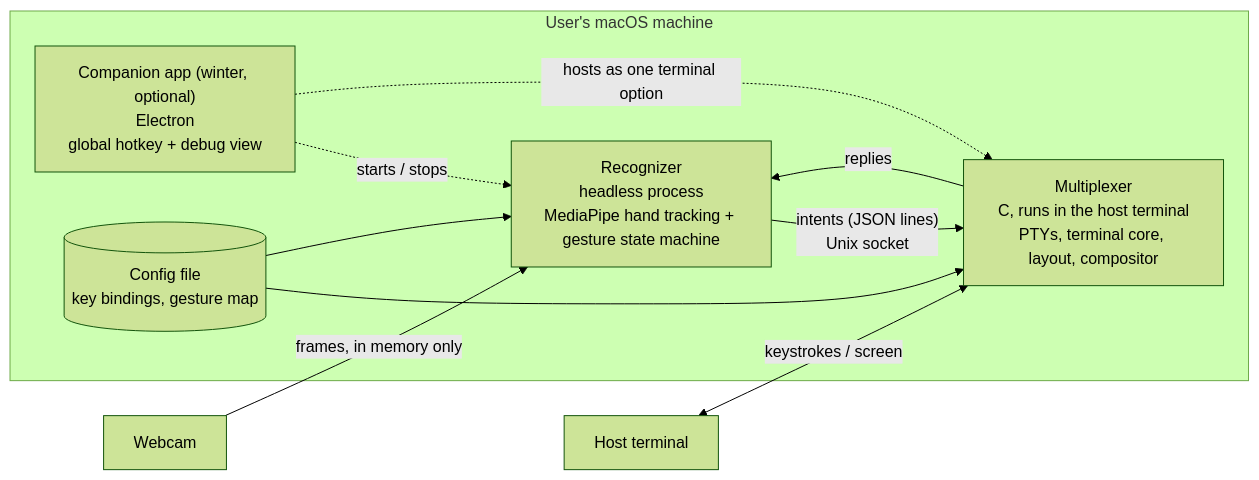
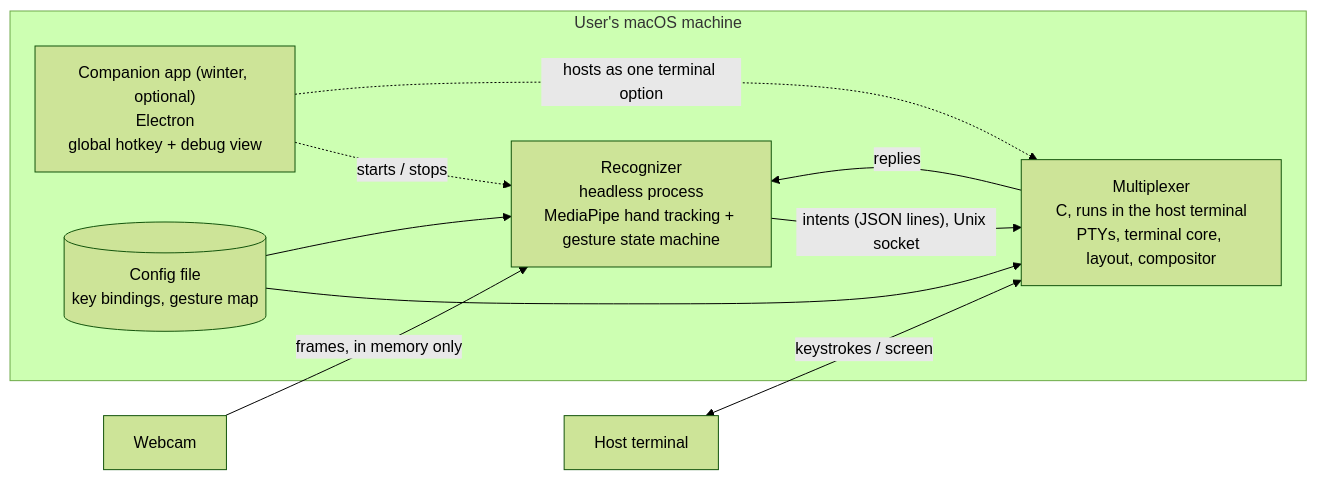
Before and after one commit to just1nlee/osu-capstone: the second of 4 diagrams in docs/design.md, drawn with Mermaid (forest theme). The commit also changed other lines of this file, not shown here.

Commit message:
docs: quote design diagram labels so Mermaid parses them

````diff
--- a/docs/design.md
+++ b/docs/design.md
@@ -39,20 +39,20 @@
 ```mermaid
 flowchart LR
     cam[Webcam]
-    subgraph machine[User's macOS machine]
+    subgraph machine["User's macOS machine"]
         rec["Recognizer<br/>headless process<br/>MediaPipe hand tracking + gesture state machine"]
         mux["Multiplexer<br/>C, runs in the host terminal<br/>PTYs, terminal core, layout, compositor"]
         app["Companion app (winter, optional)<br/>Electron<br/>global hotkey + debug view"]
-        cfg[(Config file<br/>key bindings, gesture map)]
+        cfg[("Config file<br/>key bindings, gesture map")]
     end
     host[Host terminal]
 
-    cam -- frames, in memory only --> rec
-    rec -- "intents (JSON lines)<br/>Unix socket" --> mux
-    mux -- replies --> rec
-    host <-- "keystrokes / screen" --> mux
+    cam -->|"frames, in memory only"| rec
+    rec -->|"intents (JSON lines), Unix socket"| mux
+    mux -->|"replies"| rec
+    host <-->|"keystrokes / screen"| mux
     cfg --> mux
     cfg --> rec
-    app -. starts / stops .-> rec
-    app -. hosts as one terminal option .-> mux
+    app -.->|"starts / stops"| rec
+    app -.->|"hosts as one terminal option"| mux
 ```
````
